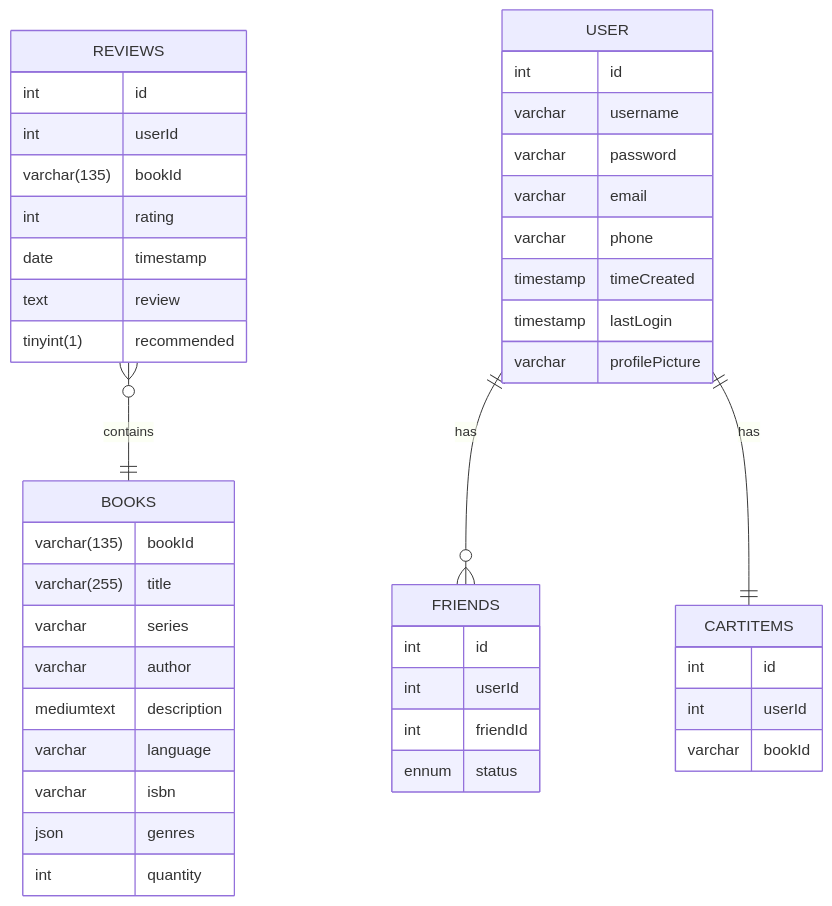
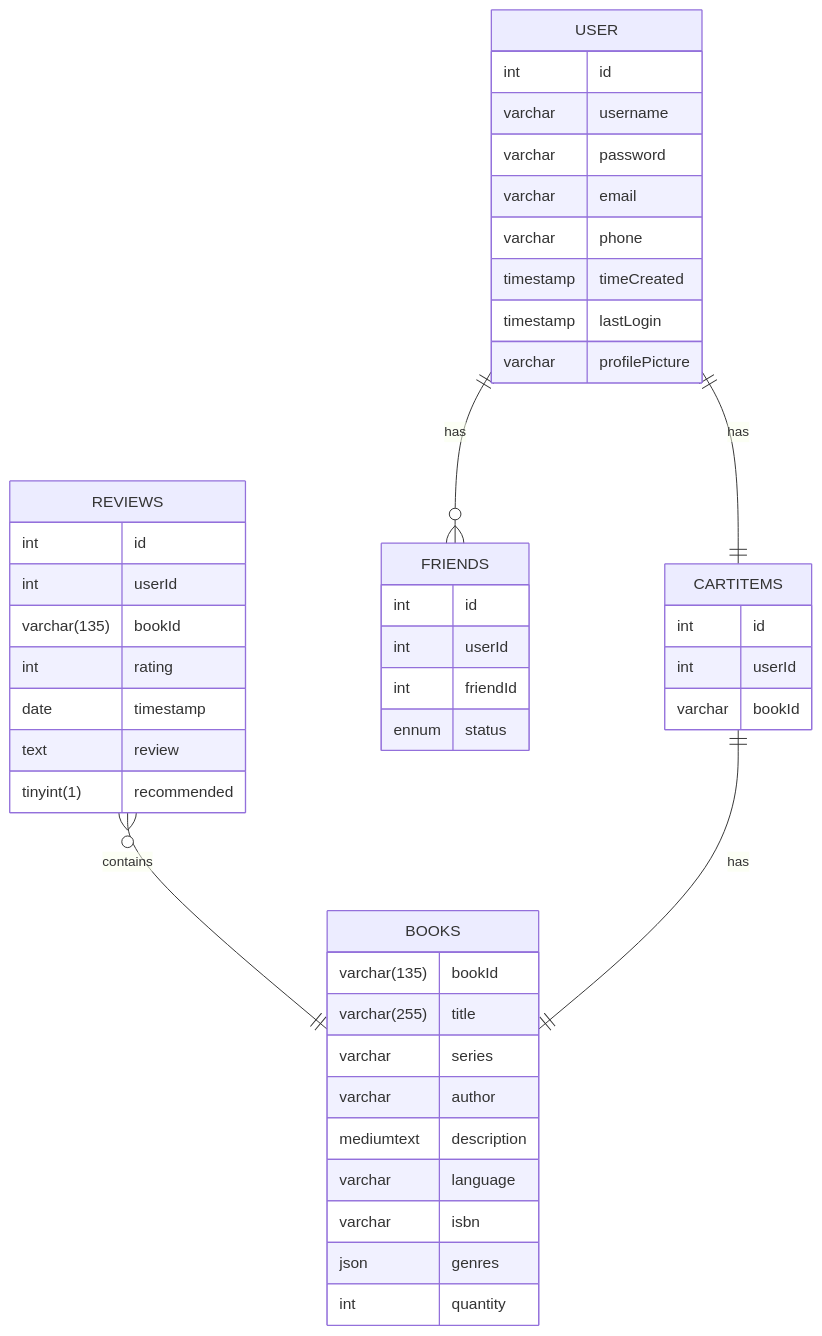
The diagram in diagrams/er_final.mmd (garrysjh/shelfscape), drawn with Mermaid before and after one commit. The commit also changed 2 other files, not shown here.

Commit message:
fix er_final diagram

```diff
--- a/diagrams/er_final.mmd
+++ b/diagrams/er_final.mmd
@@ -1,47 +1,48 @@
 erDiagram
     REVIEWS }o--|| BOOKS : contains
     REVIEWS {
         int id
         int userId
         varchar(135) bookId
         int rating
         date timestamp
         text review
         tinyint(1) recommended
     }
     BOOKS {
         varchar(135) bookId
         varchar(255) title
         varchar series
         varchar author
         mediumtext description
         varchar language
         varchar isbn
         json genres
         int quantity
     }
     USER ||--o{ FRIENDS : has
     USER {
         int id
         varchar username
         varchar password
         varchar email
         varchar phone
         timestamp timeCreated
         timestamp lastLogin
         varchar profilePicture
     }
 
     USER ||--|| CARTITEMS : has
+    CARTITEMS ||--|| BOOKS : has
     CARTITEMS {
         int id
         int userId
         varchar bookId
     }
 
     FRIENDS {
         int id
         int userId
         int friendId
         ennum status
     }
```
